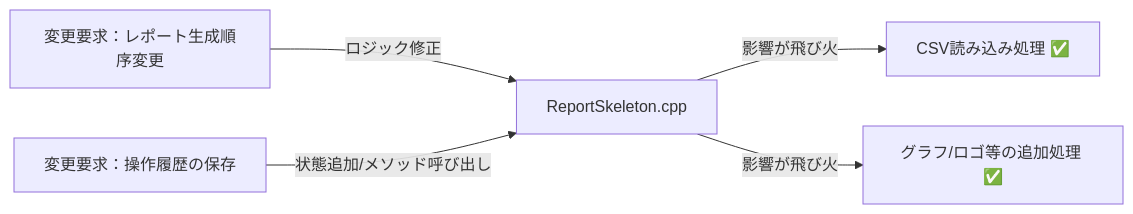
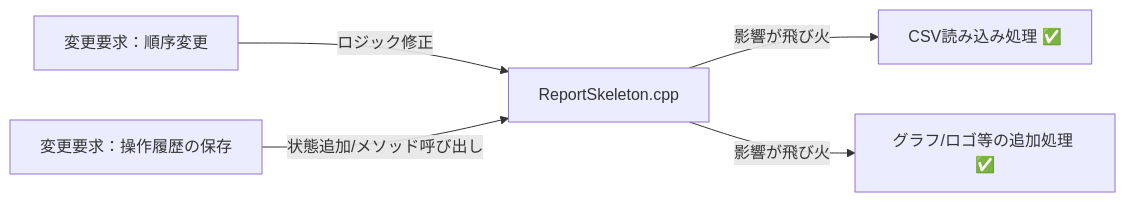
One commit to kumachan1101-pixel/DesignPattern changed the second of 6 diagrams in kindle/design-patterns/output/chapter11.md. Above: the diagram before and after it, drawn with Mermaid. The commit also changed other lines of this file and 14 other files, not shown here.

````diff
--- a/kindle/design-patterns/output/chapter11.md
+++ b/kindle/design-patterns/output/chapter11.md
@@ -355,7 +355,7 @@
 ```mermaid
 graph LR
-    T1["変更要求：レポート生成順序変更"] -->|"ロジック修正"| B["ReportSkeleton.cpp"]
+    T1["変更要求：順序変更"] -->|"ロジック修正"| B["ReportSkeleton.cpp"]
     T2["変更要求：操作履歴の保存"] -->|"状態追加/メソッド呼び出し"| B
     B -->|"影響が飛び火"| C["CSV読み込み処理 ✅"]
     B -->|"影響が飛び火"| D["グラフ/ロゴ等の追加処理 ✅"]
 ```
````
